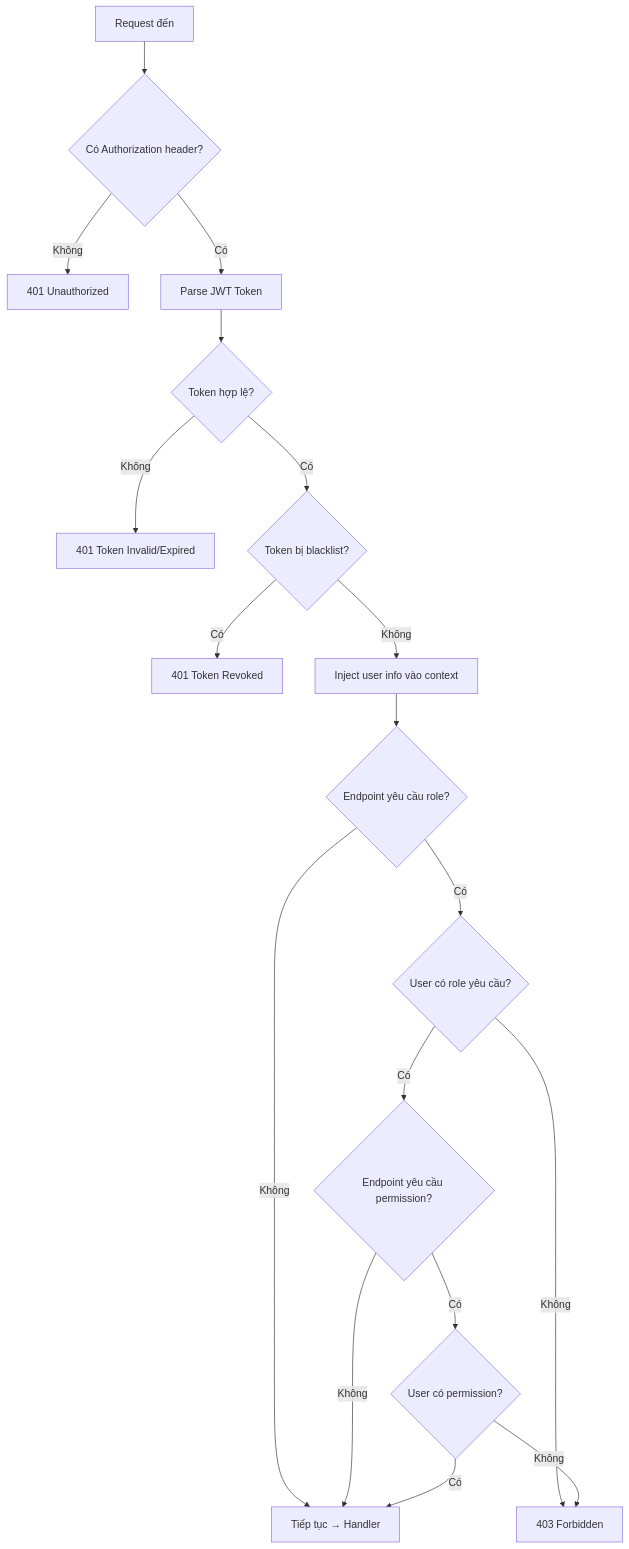
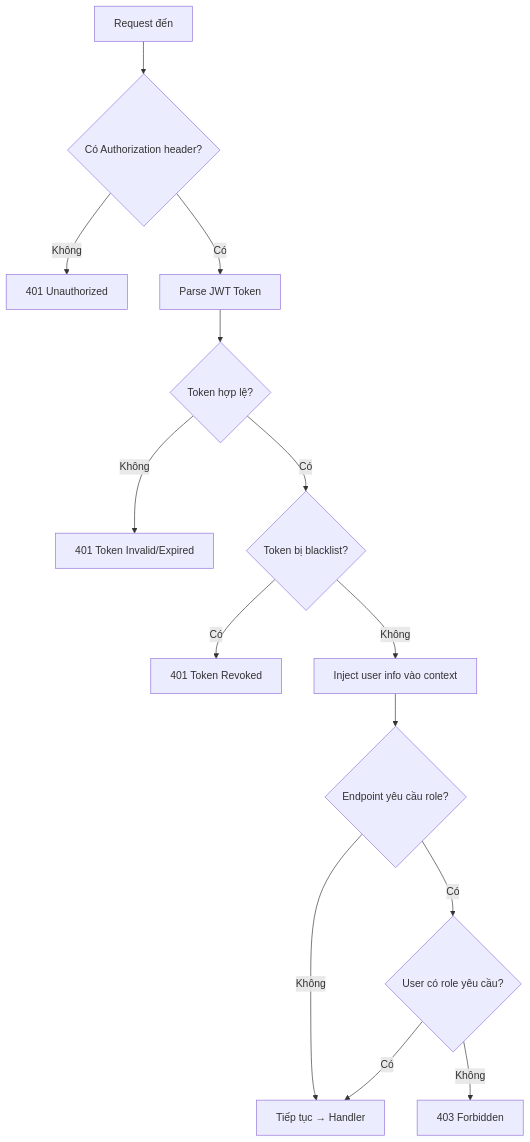
The seventh of 7 diagrams in docs/06-authentication-flow.md (Quocdev03/user_access_management), drawn with Mermaid before and after one commit. The commit also changed 36 other files, not shown here.

````diff
--- a/docs/06-authentication-flow.md
+++ b/docs/06-authentication-flow.md
@@ -255,20 +255,16 @@
 ```mermaid
 flowchart TD
     A[Request đến] --> B{Có Authorization header?}
     B -->|Không| C[401 Unauthorized]
     B -->|Có| D[Parse JWT Token]
     D --> E{Token hợp lệ?}
     E -->|Không| F[401 Token Invalid/Expired]
     E -->|Có| G{Token bị blacklist?}
     G -->|Có| H[401 Token Revoked]
     G -->|Không| I[Inject user info vào context]
     I --> J{Endpoint yêu cầu role?}
     J -->|Không| K[Tiếp tục → Handler]
     J -->|Có| L{User có role yêu cầu?}
     L -->|Không| M[403 Forbidden]
-    L -->|Có| N{Endpoint yêu cầu permission?}
-    N -->|Không| K
-    N -->|Có| O{User có permission?}
-    O -->|Không| M
-    O -->|Có| K
+    L -->|Có| K
 ```
````
